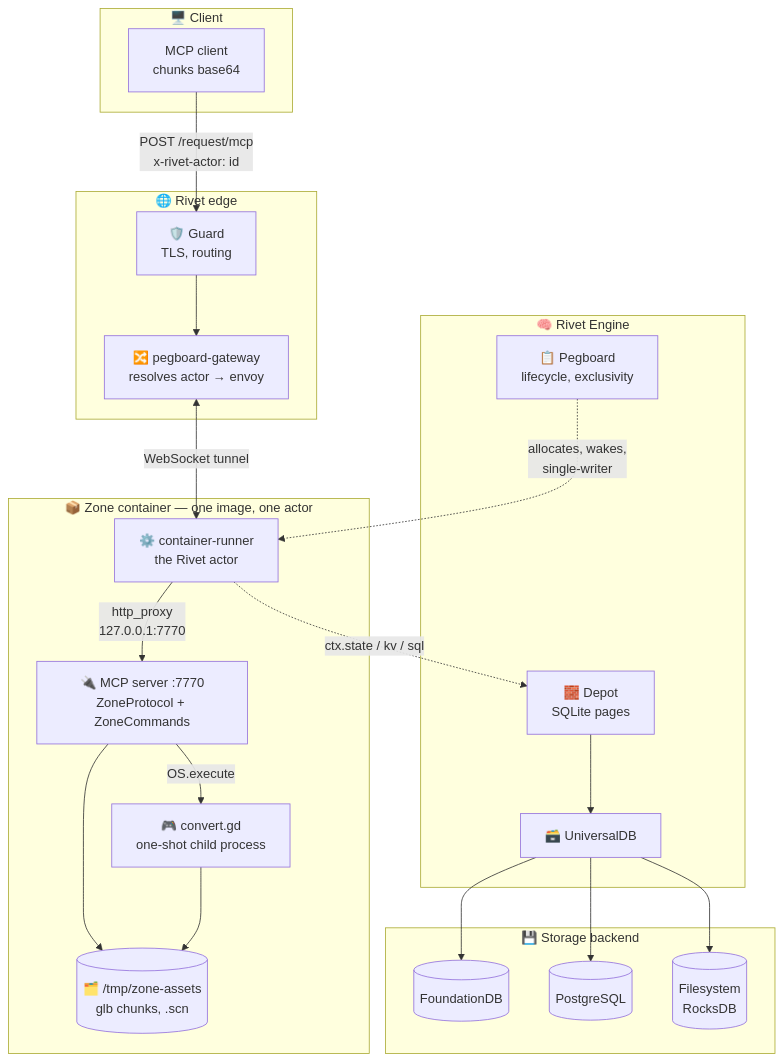
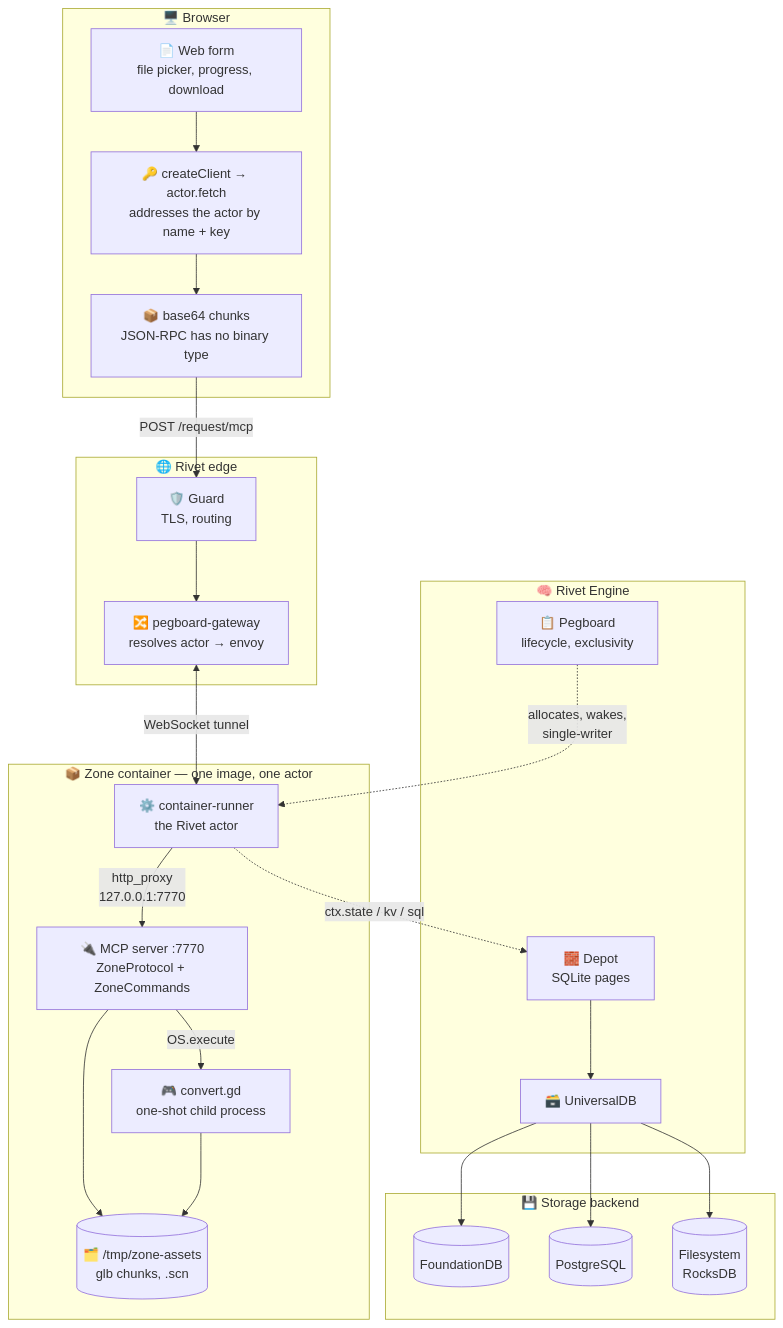
Before and after one commit to v-sekai-multiplayer-fabric/fabric-ports-adapters: the first of 2 diagrams in rfd/0022-glb-to-godot-scene.md, drawn with Mermaid. The commit also changed other lines of this file, not shown here.

Commit message:
Show the web form as the client in the diagram

````diff
--- a/rfd/0022-glb-to-godot-scene.md
+++ b/rfd/0022-glb-to-godot-scene.md
@@ -38,45 +38,48 @@
 ```mermaid
 flowchart TB
-    subgraph client["🖥️ Client"]
-        C["MCP client<br/>chunks base64"]
+    subgraph client["🖥️ Browser"]
+        F["📄 Web form<br/>file picker, progress, download"]
+        K["🔑 createClient → actor.fetch<br/>addresses the actor by name + key"]
+        B["📦 base64 chunks<br/>JSON-RPC has no binary type"]
+        F --> K --> B
     end
 
     subgraph edge["🌐 Rivet edge"]
         G["🛡️ Guard<br/>TLS, routing"]
         GW["🔀 pegboard-gateway<br/>resolves actor → envoy"]
     end
 
     subgraph zone["📦 Zone container — one image, one actor"]
         CR["⚙️ container-runner<br/>the Rivet actor"]
         MCP["🔌 MCP server :7770<br/>ZoneProtocol + ZoneCommands"]
         CONV["🎮 convert.gd<br/>one-shot child process"]
         TMP[("🗂️ /tmp/zone-assets<br/>glb chunks, .scn")]
     end
 
     subgraph engine["🧠 Rivet Engine"]
         PB["📋 Pegboard<br/>lifecycle, exclusivity"]
         DEPOT["🧱 Depot<br/>SQLite pages"]
         UDB["🗃️ UniversalDB"]
     end
 
     subgraph store["💾 Storage backend"]
         FDB[("FoundationDB")]
         PG[("PostgreSQL")]
         FS[("Filesystem<br/>RocksDB")]
     end
 
-    C -->|"POST /request/mcp<br/>x-rivet-actor: id"| G
+    B -->|"POST /request/mcp"| G
     G --> GW
     GW <-->|"WebSocket tunnel"| CR
     CR -->|"http_proxy<br/>127.0.0.1:7770"| MCP
     MCP --> TMP
     MCP -->|"OS.execute"| CONV
     CONV --> TMP
 
     PB -.->|"allocates, wakes,<br/>single-writer"| CR
     CR -.->|"ctx.state / kv / sql"| DEPOT
     DEPOT --> UDB
     UDB --> FDB
     UDB --> PG
     UDB --> FS
 ```
````
